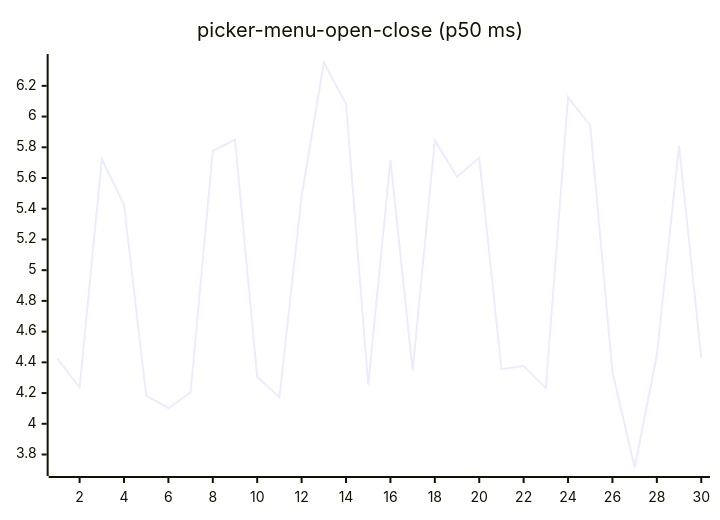
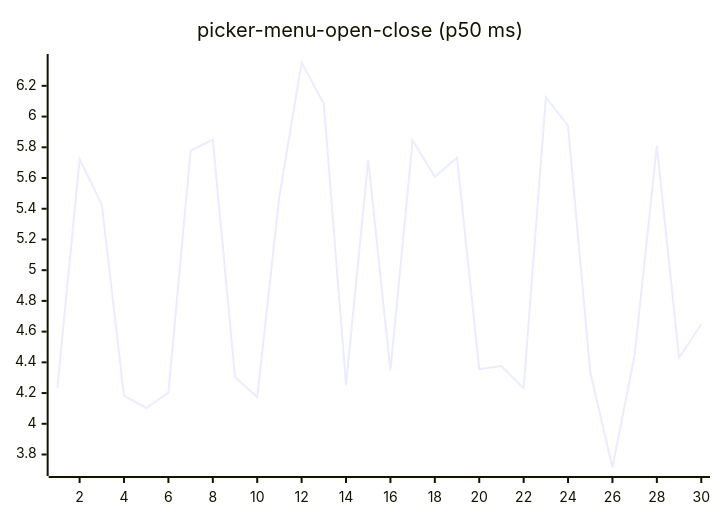
Before and after one commit to josha/Facet: diagram 16 of 27 in README.md, drawn with Mermaid. The commit also changed other lines of this file and 2 other files, not shown here.

````diff
--- a/README.md
+++ b/README.md
@@ -168,6 +168,6 @@
 ```mermaid
 xychart-beta
     title "picker-menu-open-close (p50 ms)"
     x-axis 1 --> 30
-    line [4.4248, 4.2362, 5.7230, 5.4264, 4.1828, 4.1028, 4.2034, 5.7775, 5.8503, 4.3049, 4.1731, 5.4814, 6.3520, 6.0839, 4.2522, 5.7175, 4.3452, 5.8449, 5.6085, 5.7317, 4.3559, 4.3756, 4.2307, 6.1258, 5.9413, 4.3353, 3.7154, 4.4466, 5.8101, 4.4287]
+    line [4.2362, 5.7230, 5.4264, 4.1828, 4.1028, 4.2034, 5.7775, 5.8503, 4.3049, 4.1731, 5.4814, 6.3520, 6.0839, 4.2522, 5.7175, 4.3452, 5.8449, 5.6085, 5.7317, 4.3559, 4.3756, 4.2307, 6.1258, 5.9413, 4.3353, 3.7154, 4.4466, 5.8101, 4.4287, 4.6495]
 ```
````
